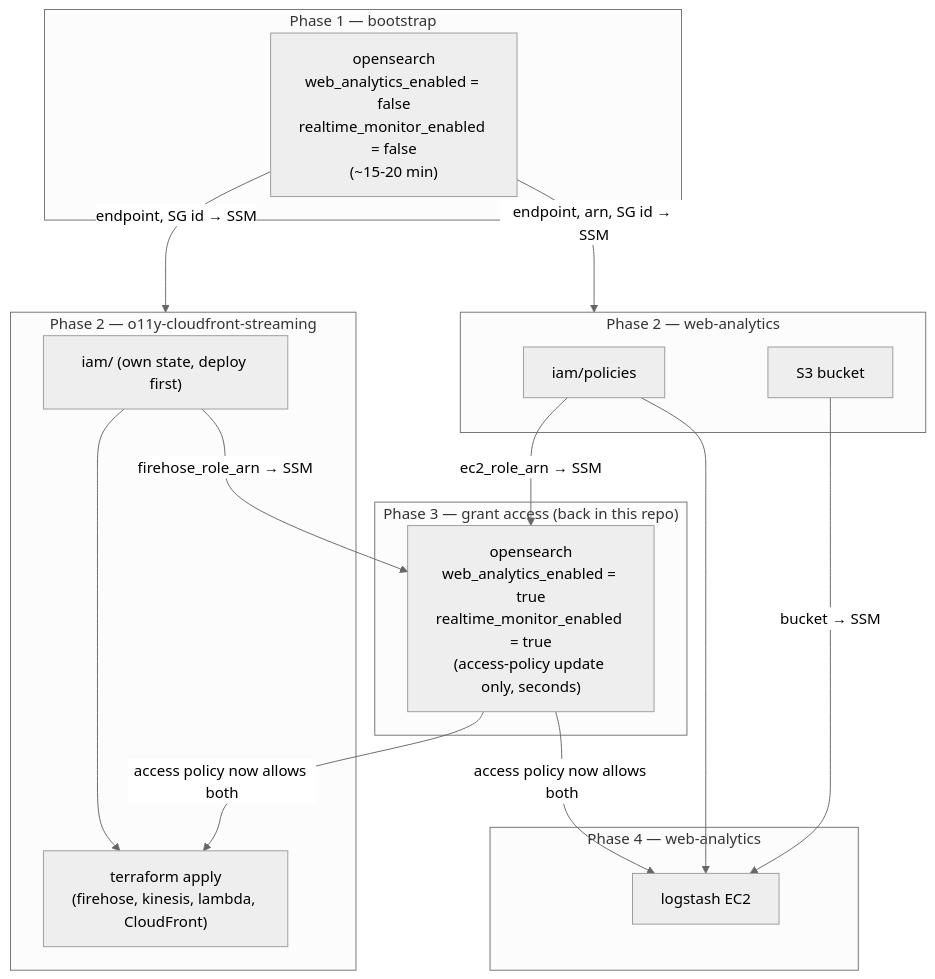
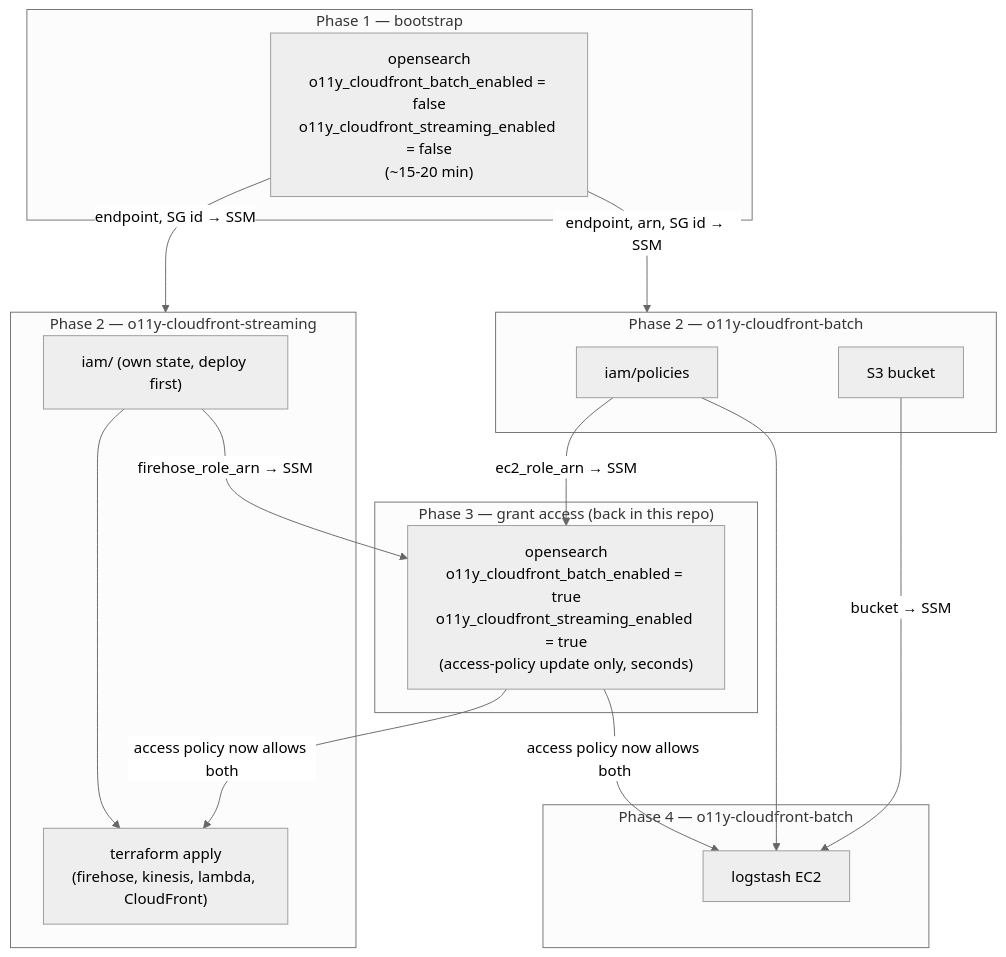
Before and after one commit to NASA-PDS/o11y-platform: the second of 2 diagrams in terraform/README.md, drawn with Mermaid (neutral theme). The commit also changed other lines of this file and 10 other files, not shown here.

````diff
--- a/terraform/README.md
+++ b/terraform/README.md
@@ -52,34 +52,34 @@
 ```mermaid
 flowchart TD
     subgraph p1["Phase 1 — bootstrap"]
-        OS1["opensearch\nweb_analytics_enabled = false\nrealtime_monitor_enabled = false\n(~15-20 min)"]
+        OS1["opensearch\no11y_cloudfront_batch_enabled = false\no11y_cloudfront_streaming_enabled = false\n(~15-20 min)"]
     end
 
-    subgraph p2wa["Phase 2 — web-analytics"]
+    subgraph p2wa["Phase 2 — o11y-cloudfront-batch"]
         IAM["iam/policies"]
         S3["S3 bucket"]
     end
 
     subgraph p2cf["Phase 2 — o11y-cloudfront-streaming"]
         CFIAM["iam/ (own state, deploy first)"]
         CFMAIN["terraform apply\n(firehose, kinesis, lambda, CloudFront)"]
         CFIAM --> CFMAIN
     end
 
     subgraph p3["Phase 3 — grant access (back in this repo)"]
-        OS2["opensearch\nweb_analytics_enabled = true\nrealtime_monitor_enabled = true\n(access-policy update only, seconds)"]
+        OS2["opensearch\no11y_cloudfront_batch_enabled = true\no11y_cloudfront_streaming_enabled = true\n(access-policy update only, seconds)"]
     end
 
-    subgraph p4["Phase 4 — web-analytics"]
+    subgraph p4["Phase 4 — o11y-cloudfront-batch"]
         LS["logstash EC2"]
     end
 
     OS1 -->|"endpoint, arn, SG id → SSM"| p2wa
     OS1 -->|"endpoint, SG id → SSM"| p2cf
     IAM -->|"ec2_role_arn → SSM"| OS2
     CFIAM -->|"firehose_role_arn → SSM"| OS2
     OS2 -->|"access policy now allows both"| LS
     OS2 -->|"access policy now allows both"| CFMAIN
     IAM --> LS
     S3 -->|"bucket → SSM"| LS
 ```
````
